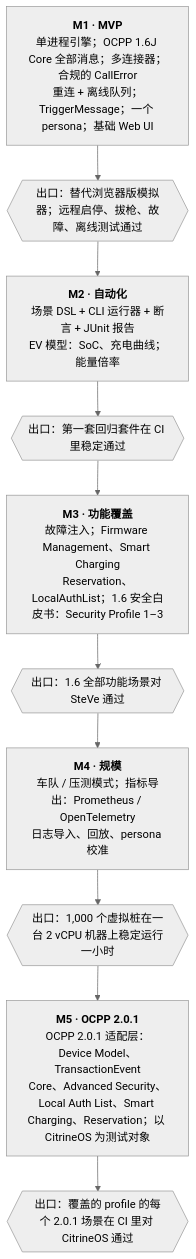
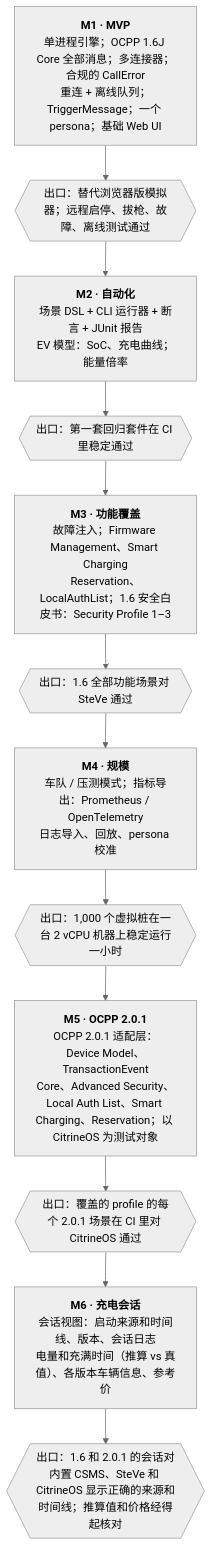
One commit to JasonKong/ocpp-mimic changed the second of 2 diagrams in docs/design.zh-CN.md. Above: the diagram before and after it, drawn with Mermaid (neutral theme). The commit also changed other lines of this file and 2 other files, not shown here.

````diff
--- a/docs/design.zh-CN.md
+++ b/docs/design.zh-CN.md
@@ -1230,14 +1346,16 @@
 ```mermaid
 flowchart TB
   M1["<b>M1 · MVP</b><br/>单进程引擎；OCPP 1.6J Core 全部消息；多连接器；合规的 CallError<br/>重连 + 离线队列；TriggerMessage；一个 persona；基础 Web UI"]
   G1{{"出口：替代浏览器版模拟器；远程启停、拔枪、故障、离线测试通过"}}
   M2["<b>M2 · 自动化</b><br/>场景 DSL + CLI 运行器 + 断言 + JUnit 报告<br/>EV 模型：SoC、充电曲线；能量倍率"]
   G2{{"出口：第一套回归套件在 CI 里稳定通过"}}
   M3["<b>M3 · 功能覆盖</b><br/>故障注入；Firmware Management、Smart Charging<br/>Reservation、LocalAuthList；1.6 安全白皮书：Security Profile 1–3"]
   G3{{"出口：1.6 全部功能场景对 SteVe 通过"}}
   M4["<b>M4 · 规模</b><br/>车队 / 压测模式；指标导出：Prometheus / OpenTelemetry<br/>日志导入、回放、persona 校准"]
   G4{{"出口：1,000 个虚拟桩在一台 2 vCPU 机器上稳定运行一小时"}}
   M5["<b>M5 · OCPP 2.0.1</b><br/>OCPP 2.0.1 适配层：Device Model、TransactionEvent<br/>Core、Advanced Security、Local Auth List、Smart Charging、Reservation；以 CitrineOS 为测试对象"]
   G5{{"出口：覆盖的 profile 的每个 2.0.1 场景在 CI 里对 CitrineOS 通过"}}
-  M1 --> G1 --> M2 --> G2 --> M3 --> G3 --> M4 --> G4 --> M5 --> G5
+  M6["<b>M6 · 充电会话</b><br/>会话视图：启动来源和时间线、版本、会话日志<br/>电量和充满时间（推算 vs 真值）、各版本车辆信息、参考价"]
+  G6{{"出口：1.6 和 2.0.1 的会话对内置 CSMS、SteVe 和 CitrineOS 显示正确的来源和时间线；推算值和价格经得起核对"}}
+  M1 --> G1 --> M2 --> G2 --> M3 --> G3 --> M4 --> G4 --> M5 --> G5 --> M6 --> G6
 ```
````
